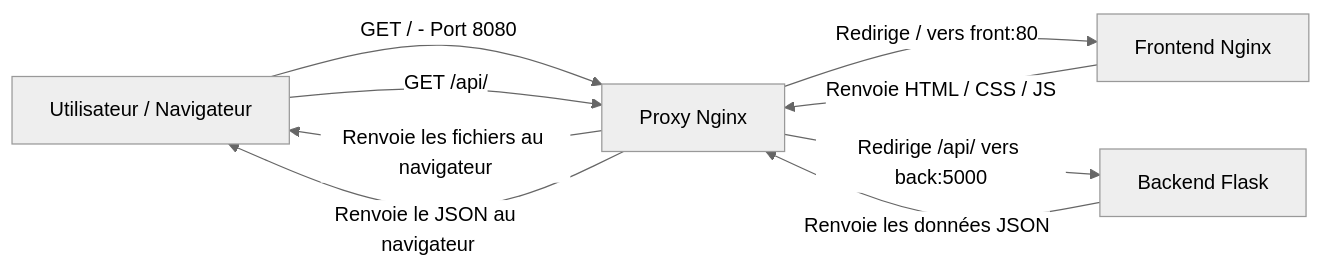
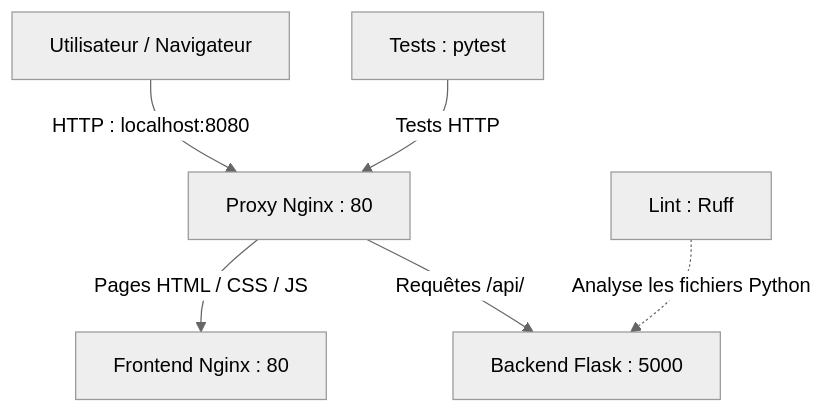
Before and after one commit to PaulineBGZI/docker-cloud: the diagram in docs/architecture.md, drawn with Mermaid (neutral theme). The commit also changed other lines of this file and 1 other file, not shown here.

````diff
--- a/docs/architecture.md
+++ b/docs/architecture.md
@@ -107,17 +174,16 @@
 ```mermaid
-flowchart LR
-    U[Utilisateur / Navigateur]
-    P[Proxy Nginx]
-    F[Frontend Nginx]
-    B[Backend Flask]
 
-    U -->|GET / - Port 8080| P
-    P -->|Redirige / vers front:80| F
-    F -->|Renvoie HTML / CSS / JS| P
-    P -->|Renvoie les fichiers au navigateur| U
+flowchart TB
+    U["Utilisateur / Navigateur"]
+    P["Proxy Nginx : 80"]
+    F["Frontend Nginx : 80"]
+    B["Backend Flask : 5000"]
+    L["Lint : Ruff"]
+    T["Tests : pytest"]
 
-    U -->|GET /api/| P
-    P -->|Redirige /api/ vers back:5000| B
-    B -->|Renvoie les données JSON| P
-    P -->|Renvoie le JSON au navigateur| U
+    U -->|"HTTP : localhost:8080"| P
+    P -->|"Pages HTML / CSS / JS"| F
+    P -->|"Requêtes /api/"| B
+    T -->|"Tests HTTP"| P
+    L -.->|"Analyse les fichiers Python"| B
 ```
````
